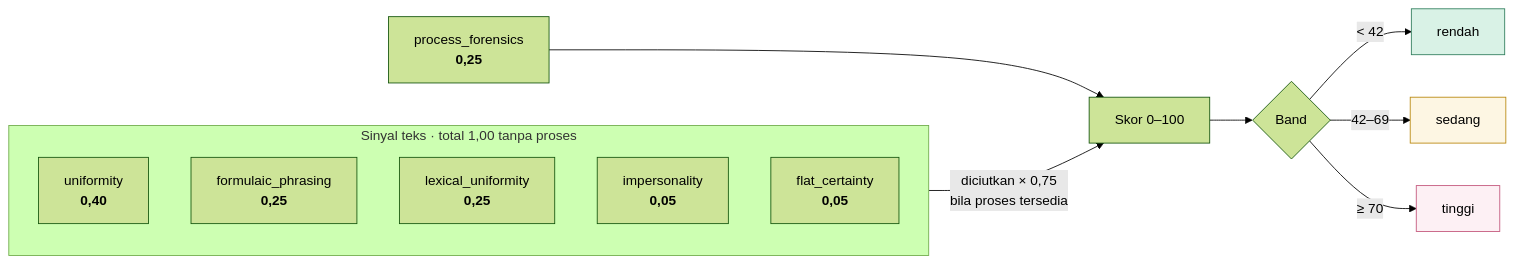
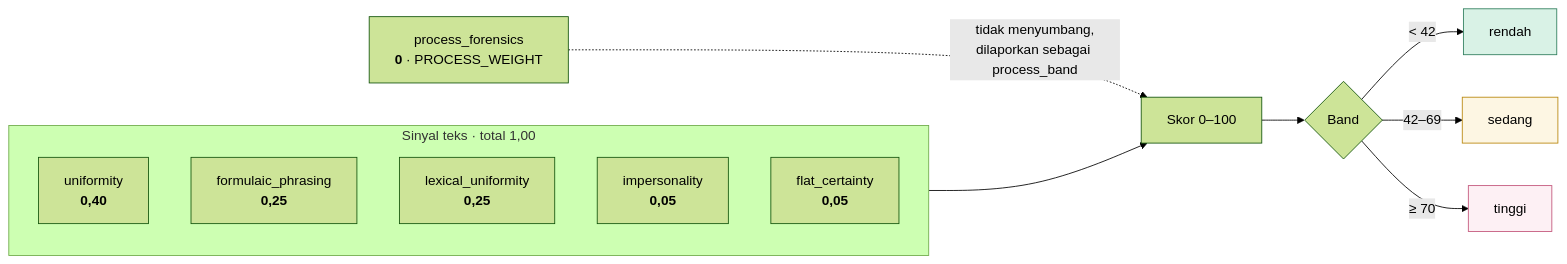
The third of 8 diagrams in diagram/05-alur-analisis.md (FadhRach/ThinkPath), drawn with Mermaid (forest theme) before and after one commit. The commit also changed other lines of this file and 63 other files, not shown here.

````diff
--- a/diagram/05-alur-analisis.md
+++ b/diagram/05-alur-analisis.md
@@ -116,25 +129,25 @@
 ```mermaid
 flowchart LR
-    subgraph TXT["Sinyal teks · total 1,00 tanpa proses"]
+    subgraph TXT["Sinyal teks · total 1,00"]
         U["uniformity<br/><b>0,40</b>"]
         FP["formulaic_phrasing<br/><b>0,25</b>"]
         LU["lexical_uniformity<br/><b>0,25</b>"]
         IM["impersonality<br/><b>0,05</b>"]
         FC["flat_certainty<br/><b>0,05</b>"]
     end
-    PF["process_forensics<br/><b>0,25</b>"]
+    PF["process_forensics<br/><b>0</b> · PROCESS_WEIGHT"]
 
-    TXT -->|"diciutkan × 0,75<br/>bila proses tersedia"| SKOR["Skor 0–100"]
-    PF --> SKOR
+    TXT --> SKOR["Skor 0–100"]
+    PF -.->|"tidak menyumbang,<br/>dilaporkan sebagai process_band"| SKOR
     SKOR --> BAND{"Band"}
     BAND -->|"< 42"| L["rendah"]
     BAND -->|"42–69"| M["sedang"]
     BAND -->|"≥ 70"| H["tinggi"]
 
     classDef ok fill:#D9F2E6,stroke:#2E7D5B
     classDef mid fill:#FDF6E3,stroke:#B8860B
     classDef hi fill:#FDF0F4,stroke:#C2547A
     class L ok
     class M mid
     class H hi
 ```
````
